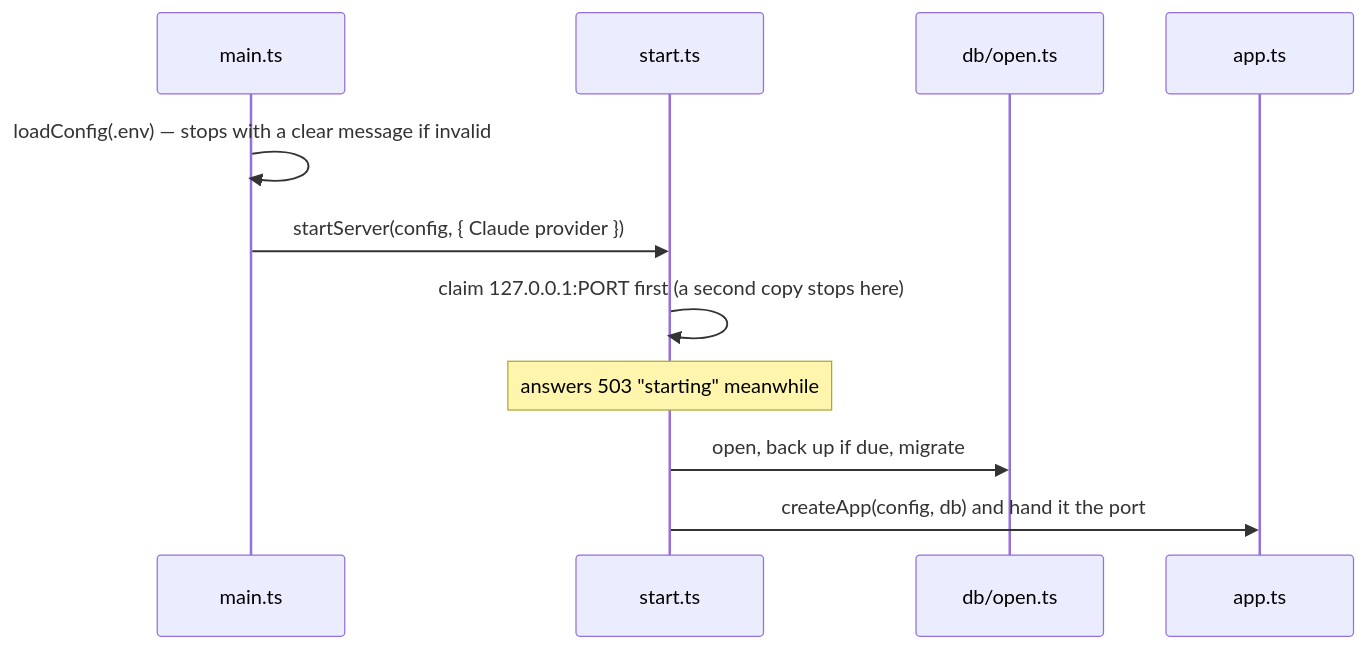
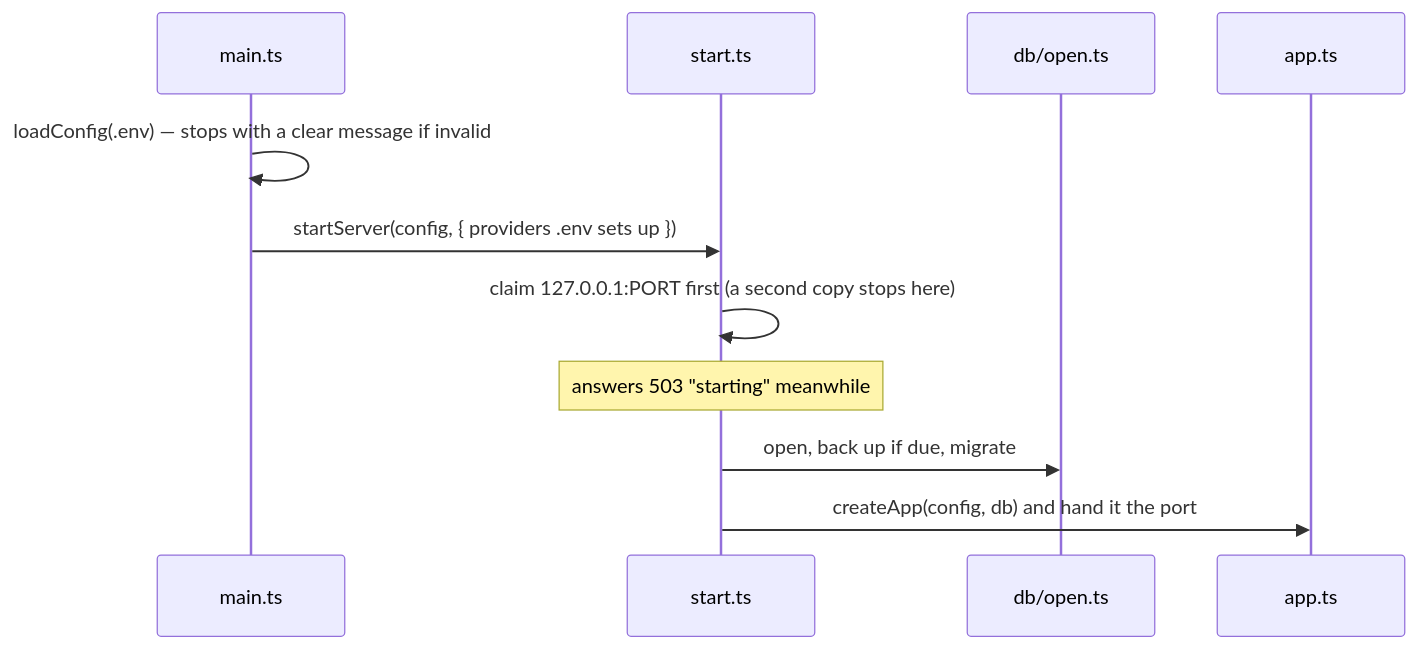
Before and after one commit to Goff-Davis/wise-old-model: the second of 5 diagrams in server/ARCHITECTURE.md, drawn with Mermaid. The commit also changed other lines of this file and 56 other files, not shown here.

````diff
--- a/server/ARCHITECTURE.md
+++ b/server/ARCHITECTURE.md
@@ -48,13 +48,13 @@
 ```mermaid
 sequenceDiagram
   participant M as main.ts
   participant St as start.ts
   participant DB as db/open.ts
   participant A as app.ts
   M->>M: loadConfig(.env) — stops with a clear message if invalid
-  M->>St: startServer(config, { Claude provider })
+  M->>St: startServer(config, { providers .env sets up })
   St->>St: claim 127.0.0.1:PORT first (a second copy stops here)
   Note over St: answers 503 "starting" meanwhile
   St->>DB: open, back up if due, migrate
   St->>A: createApp(config, db) and hand it the port
 ```
````
